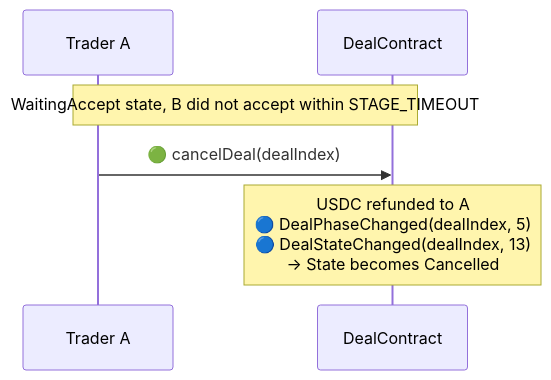
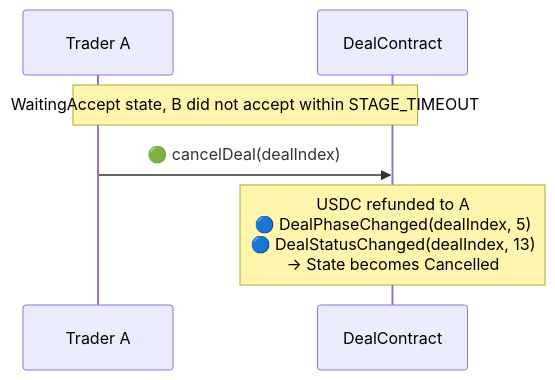
Before and after one commit to synctxai/synctx: the third of 9 diagrams in examples/x-quote/x-quote-design.md, drawn with Mermaid. The commit also changed other lines of this file and 8 other files, not shown here.

First line of the commit message:
rename DealStateChanged to DealStatusChanged for consistency with DealStatus

````diff
--- a/examples/x-quote/x-quote-design.md
+++ b/examples/x-quote/x-quote-design.md
@@ -347,9 +347,9 @@
 ```mermaid
 sequenceDiagram
     participant A as Trader A
     participant D as DealContract
 
     Note over A,D: WaitingAccept state, B did not accept within STAGE_TIMEOUT
     A->>D: 🟢 cancelDeal(dealIndex)
-    Note over D: USDC refunded to A<br/>🔵 DealPhaseChanged(dealIndex, 5)<br/>🔵 DealStateChanged(dealIndex, 13)<br/>→ State becomes Cancelled
+    Note over D: USDC refunded to A<br/>🔵 DealPhaseChanged(dealIndex, 5)<br/>🔵 DealStatusChanged(dealIndex, 13)<br/>→ State becomes Cancelled
 ```
````
